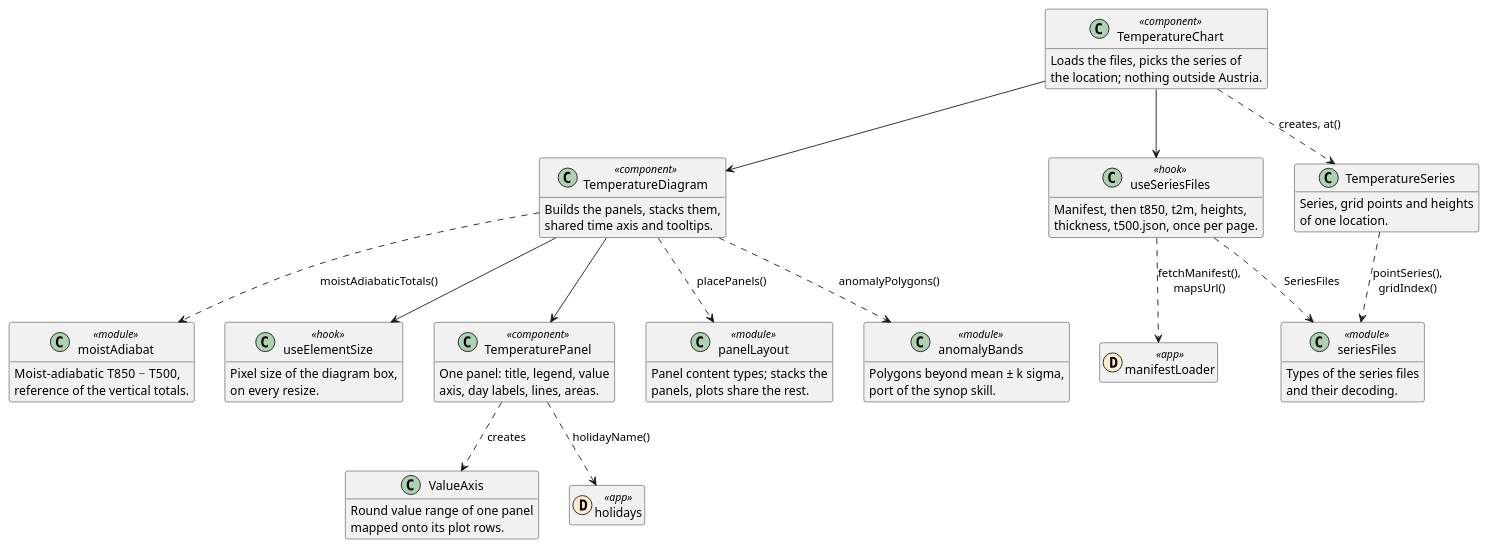
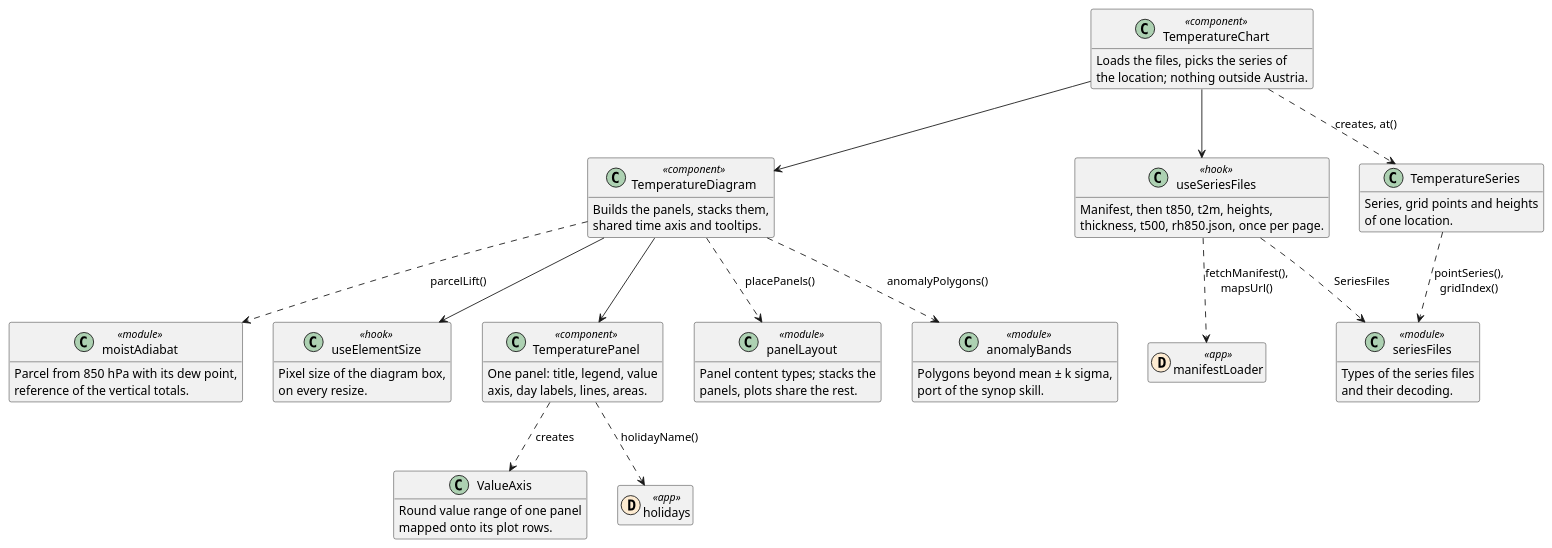
Before and after one commit to schletz/wetterkartenviewer: the second of 2 diagrams in REFERENCE.webapp.md, drawn with PlantUML. The commit also changed other lines of this file and 10 other files, not shown here.

First line of the commit message:
Parcel with dew point from RH850 as reference of the vertical totals

````diff
--- a/REFERENCE.webapp.md
+++ b/REFERENCE.webapp.md
@@ -163,64 +163,64 @@
 ```plantuml
 @startuml temperature
 hide empty members
 class TemperatureChart <<component>> {
  Loads the files, picks the series of
  the location; nothing outside Austria.
 }
 class TemperatureDiagram <<component>> {
  Builds the panels, stacks them,
  shared time axis and tooltips.
 }
 class TemperaturePanel <<component>> {
  One panel: title, legend, value
  axis, day labels, lines, areas.
 }
 class useSeriesFiles <<hook>> {
  Manifest, then t850, t2m, heights,
- thickness, t500.json, once per page.
+ thickness, t500, rh850.json, once per page.
 }
 class TemperatureSeries {
  Series, grid points and heights
  of one location.
 }
 class panelLayout <<module>> {
  Panel content types; stacks the
  panels, plots share the rest.
 }
 class ValueAxis {
  Round value range of one panel
  mapped onto its plot rows.
 }
 class anomalyBands <<module>> {
  Polygons beyond mean ± k sigma,
  port of the synop skill.
 }
 class moistAdiabat <<module>> {
- Moist-adiabatic T850 − T500,
+ Parcel from 850 hPa with its dew point,
  reference of the vertical totals.
 }
 class seriesFiles <<module>> {
  Types of the series files
  and their decoding.
 }
 class useElementSize <<hook>> {
  Pixel size of the diagram box,
  on every resize.
 }
 class manifestLoader << (D,#fdebd1) app >>
 class holidays << (D,#fdebd1) app >>
 TemperatureChart --> useSeriesFiles
 TemperatureChart ..> TemperatureSeries : creates, at()
 TemperatureChart --> TemperatureDiagram
 useSeriesFiles ..> manifestLoader : fetchManifest(),\nmapsUrl()
 useSeriesFiles ..> seriesFiles : SeriesFiles
 TemperatureSeries ..> seriesFiles : pointSeries(),\ngridIndex()
 TemperatureDiagram ..> panelLayout : placePanels()
 TemperatureDiagram ..> anomalyBands : anomalyPolygons()
-TemperatureDiagram ..> moistAdiabat : moistAdiabaticTotals()
+TemperatureDiagram ..> moistAdiabat : parcelLift()
 TemperatureDiagram --> TemperaturePanel
 TemperatureDiagram --> useElementSize
 TemperaturePanel ..> ValueAxis : creates
 TemperaturePanel ..> holidays : holidayName()
 @enduml
 ```
````
